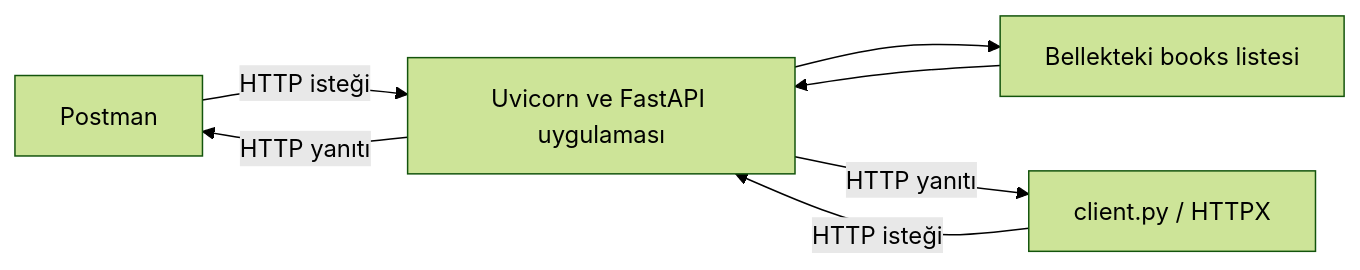
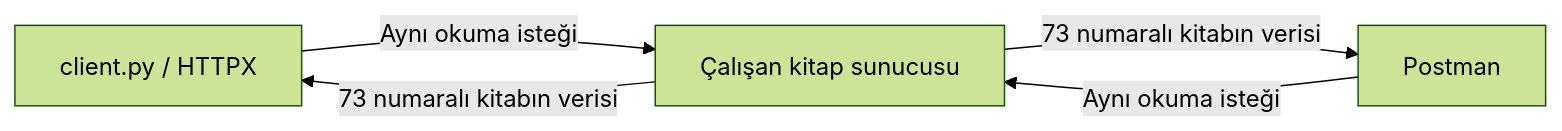
Before and after one commit to atesnrllh/api-dersi: the diagram in 02_Haftalik_Materyaller/Hafta_02/01_Teorik_Ders_Notu.md, drawn with Mermaid (forest theme). The commit also changed other lines of this file and 4 other files, not shown here.

````diff
--- a/02_Haftalik_Materyaller/Hafta_02/01_Teorik_Ders_Notu.md
+++ b/02_Haftalik_Materyaller/Hafta_02/01_Teorik_Ders_Notu.md
@@ -45,9 +49,7 @@
 ```mermaid
 flowchart LR
-    P[Postman] -->|HTTP isteği| S[Uvicorn ve FastAPI uygulaması]
-    C[client.py / HTTPX] -->|HTTP isteği| S
-    S --> B[Bellekteki books listesi]
-    B --> S
-    S -->|HTTP yanıtı| P
-    S -->|HTTP yanıtı| C
+    C[client.py / HTTPX] -->|Aynı okuma isteği| S[Çalışan kitap sunucusu]
+    P[Postman] -->|Aynı okuma isteği| S
+    S -->|73 numaralı kitabın verisi| C
+    S -->|73 numaralı kitabın verisi| P
 ```
````
